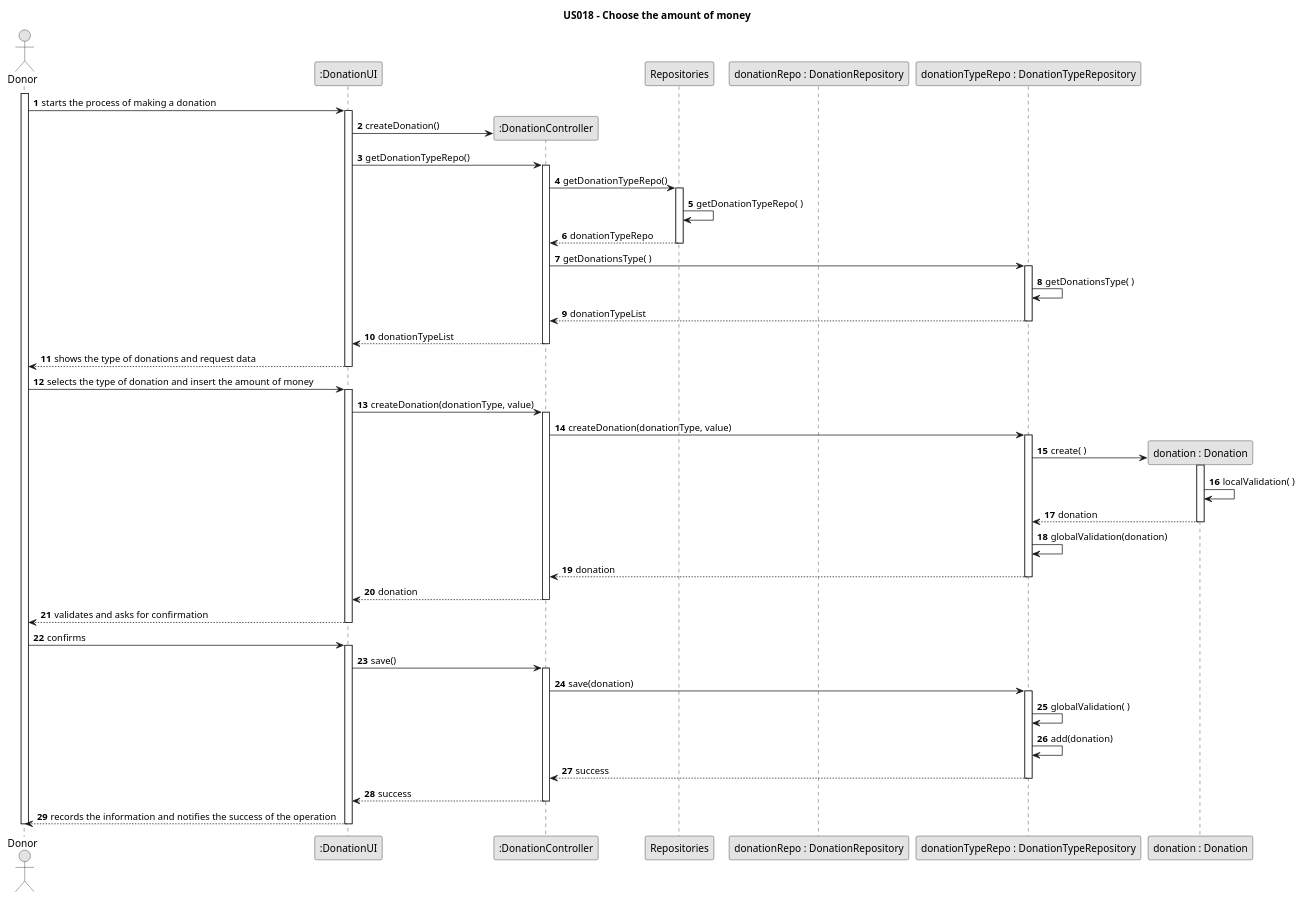
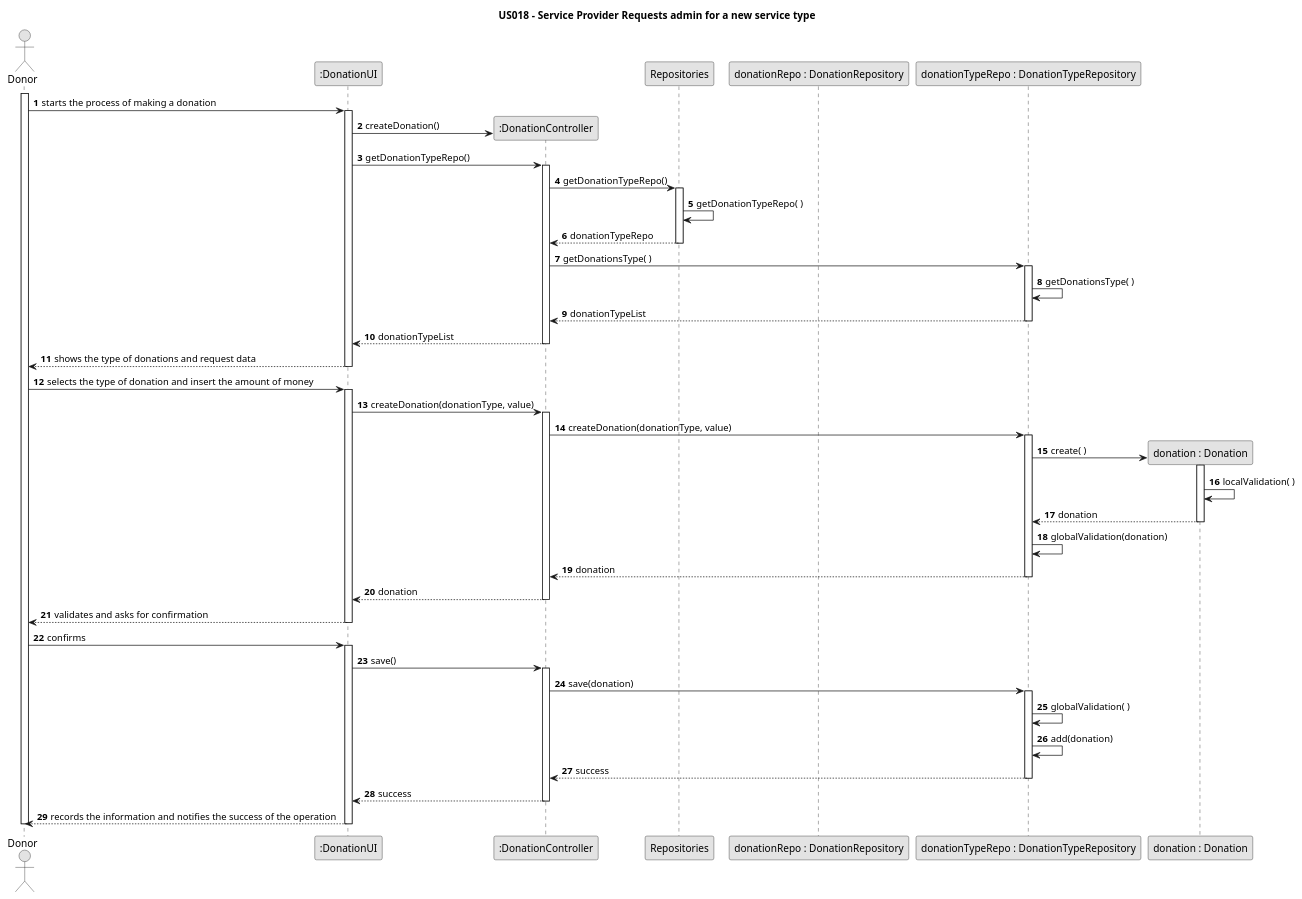
Before and after one commit to Chirano/GladlyGiven: the diagram in javaSprint2GladlyGiven/Docs/UseCases/uc018/design/us018-SD.puml, drawn with PlantUML. The commit also changed 106 other files, not shown here.

```diff
--- a/javaSprint2GladlyGiven/Docs/UseCases/uc018/design/us018-SD.puml
+++ b/javaSprint2GladlyGiven/Docs/UseCases/uc018/design/us018-SD.puml
@@ -1,73 +1,73 @@
 @startuml
 skinparam monochrome true
 skinparam packageStyle rectangle
 skinparam shadowing false
 
-title US018 - Choose the amount of money
+title US018 - Service Provider Requests admin for a new service type
 
 autonumber
 
 actor Donor as donor
 participant ":DonationUI" as ui
 participant ":DonationController" as ctrl
 participant Repositories as repo
 participant "donationRepo : DonationRepository" as donationRepo
 participant "donationTypeRepo : DonationTypeRepository" as donationTypeRepo
 participant "donation : Donation" as donation
 
 
 activate donor
     donor -> ui : starts the process of making a donation
     activate ui
         ui -> ctrl** : createDonation()
         ui -> ctrl : getDonationTypeRepo()
         activate ctrl
             ctrl -> repo : getDonationTypeRepo()
             activate repo
                 repo -> repo : getDonationTypeRepo( )
                 repo --> ctrl : donationTypeRepo
             deactivate repo
             ctrl -> donationTypeRepo : getDonationsType( )
             activate donationTypeRepo
                 donationTypeRepo -> donationTypeRepo : getDonationsType( )
                 donationTypeRepo --> ctrl : donationTypeList
             deactivate donationTypeRepo
             ctrl --> ui : donationTypeList
         deactivate ctrl
             ui --> donor : shows the type of donations and request data
     deactivate ui
     donor -> ui : selects the type of donation and insert the amount of money
     activate ui
         ui -> ctrl : createDonation(donationType, value)
         activate ctrl
             ctrl -> donationTypeRepo : createDonation(donationType, value)
             activate donationTypeRepo
                 donationTypeRepo -> donation** : create( )
                 activate donation
                     donation -> donation : localValidation( )
                     donation --> donationTypeRepo : donation
                 deactivate donation
                 donationTypeRepo -> donationTypeRepo : globalValidation(donation)
                 donationTypeRepo --> ctrl : donation
             deactivate donationTypeRepo
             ctrl --> ui : donation
         deactivate ctrl
         ui --> donor : validates and asks for confirmation
     deactivate ui
     donor -> ui : confirms
     activate ui
         ui -> ctrl : save()
         activate ctrl
             ctrl -> donationTypeRepo : save(donation)
             activate donationTypeRepo
                 donationTypeRepo -> donationTypeRepo : globalValidation( )
                 donationTypeRepo -> donationTypeRepo : add(donation)
                 donationTypeRepo --> ctrl : success
             deactivate donationTypeRepo
             ctrl --> ui : success
         deactivate ctrl
         ui --> donor : records the information and notifies the success of the operation
     deactivate ui
 deactivate donor
 
 @enduml
```
